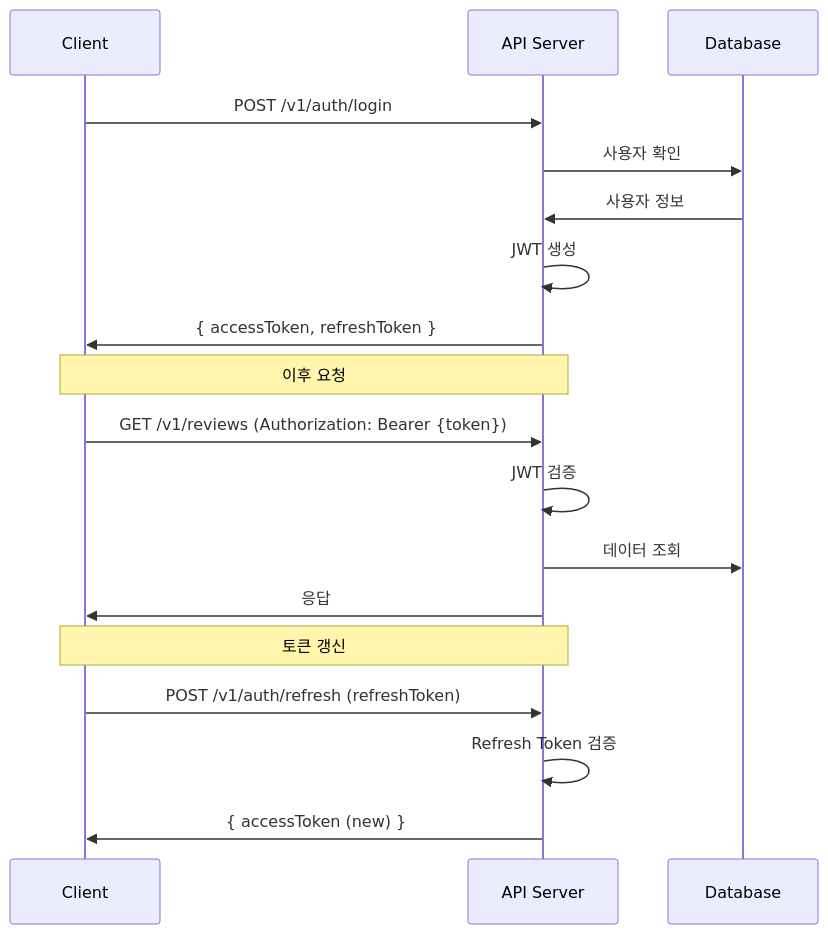
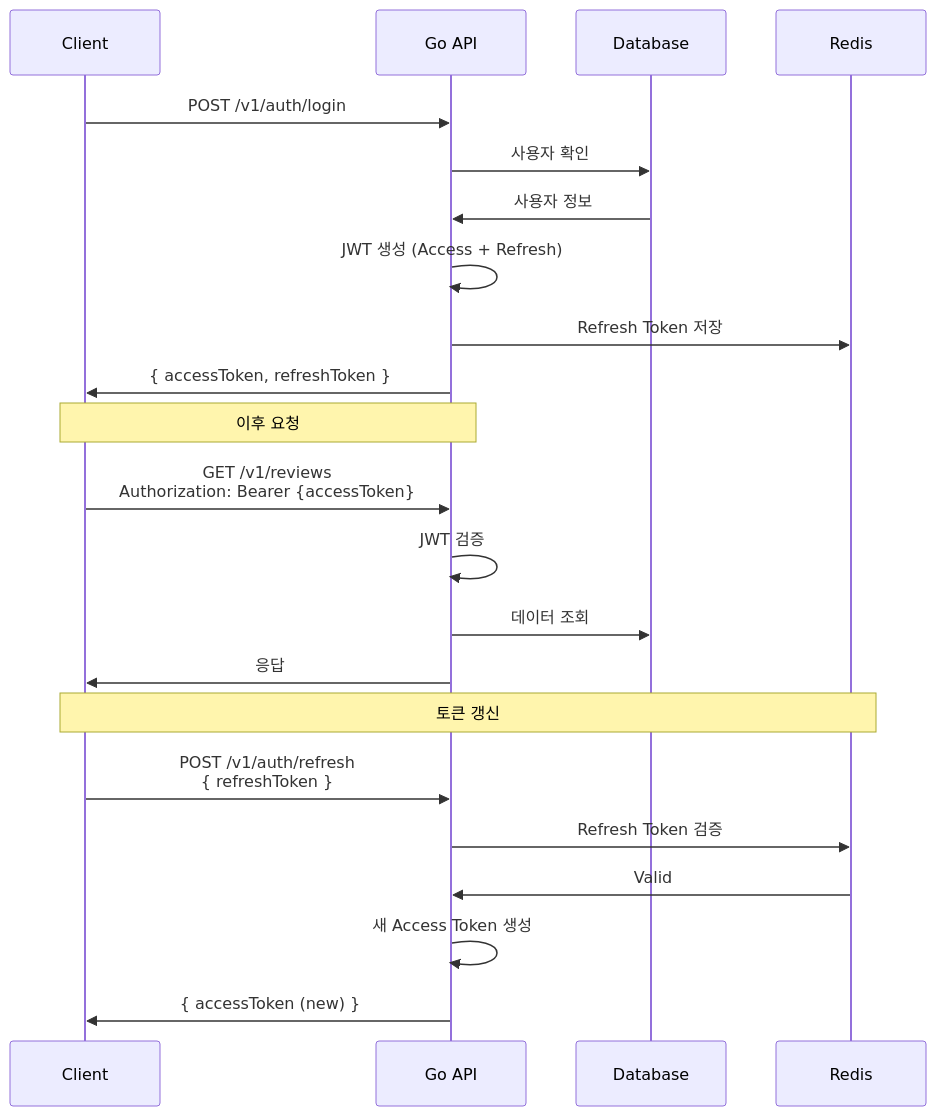
One commit to Prometheus-P/salon-mate changed the fifth of 7 diagrams in docs/specs/ARCHITECTURE.md. Above: the diagram before and after it, drawn with Mermaid. The commit also changed other lines of this file and 30 other files, not shown here.

````diff
--- a/docs/specs/ARCHITECTURE.md
+++ b/docs/specs/ARCHITECTURE.md
@@ -514,23 +558,27 @@
 ```mermaid
 sequenceDiagram
     participant C as Client
-    participant API as API Server
+    participant API as Go API
     participant DB as Database
+    participant R as Redis
 
     C->>API: POST /v1/auth/login
     API->>DB: 사용자 확인
     DB->>API: 사용자 정보
-    API->>API: JWT 생성
+    API->>API: JWT 생성 (Access + Refresh)
+    API->>R: Refresh Token 저장
     API->>C: { accessToken, refreshToken }
 
     Note over C,API: 이후 요청
-    C->>API: GET /v1/reviews (Authorization: Bearer {token})
+    C->>API: GET /v1/reviews<br/>Authorization: Bearer {accessToken}
     API->>API: JWT 검증
     API->>DB: 데이터 조회
     API->>C: 응답
 
-    Note over C,API: 토큰 갱신
-    C->>API: POST /v1/auth/refresh (refreshToken)
-    API->>API: Refresh Token 검증
+    Note over C,R: 토큰 갱신
+    C->>API: POST /v1/auth/refresh<br/>{ refreshToken }
+    API->>R: Refresh Token 검증
+    R->>API: Valid
+    API->>API: 새 Access Token 생성
     API->>C: { accessToken (new) }
 ```
````
